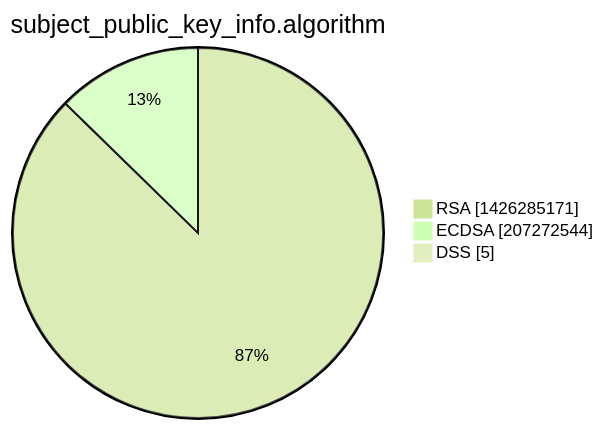
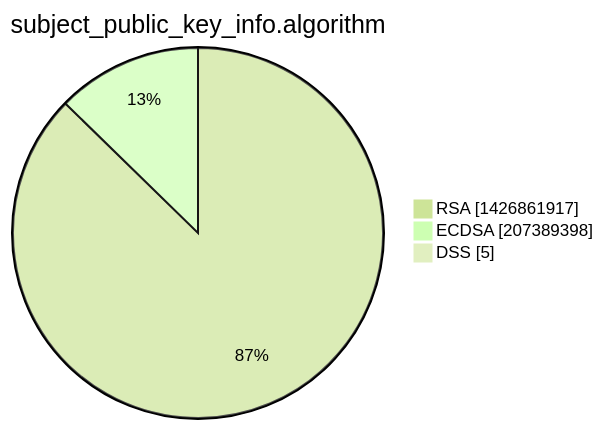
The third of 15 diagrams in xenon2022/README.md (christiankrug/ctmonitor_visualization), drawn with Mermaid (forest theme) before and after one commit. The commit also changed other lines of this file, not shown here.

````diff
--- a/xenon2022/README.md
+++ b/xenon2022/README.md
@@ -14,7 +14,7 @@
 ```mermaid
 pie showData
 title subject_public_key_info.algorithm
-"RSA" :1426285171
-"ECDSA" :207272544
+"RSA" :1426861917
+"ECDSA" :207389398
 "DSS" :5
 ```
````
